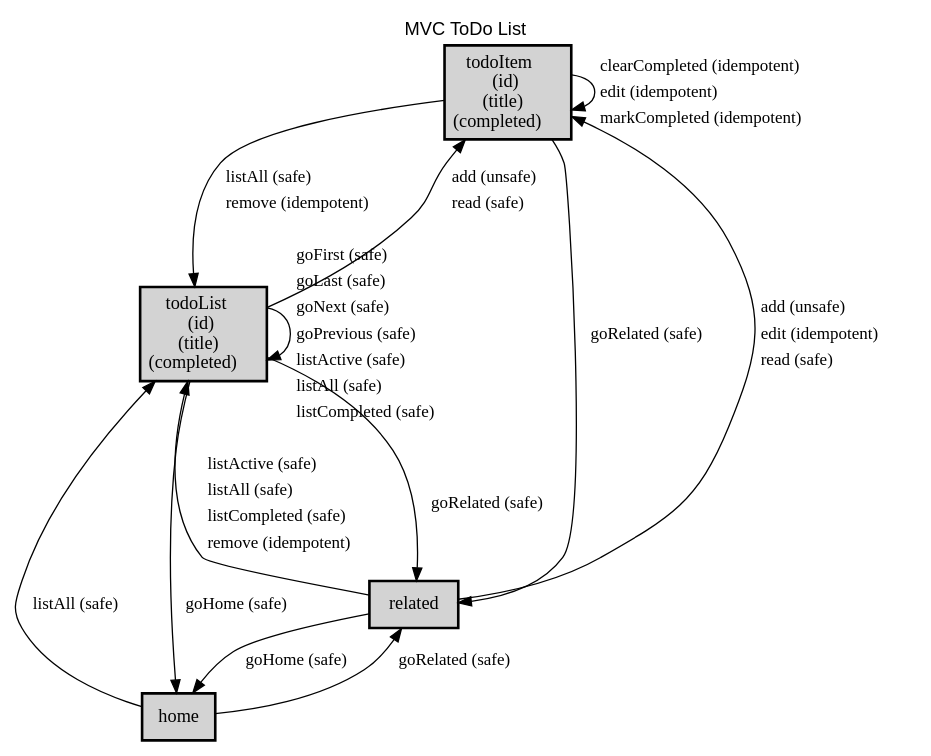
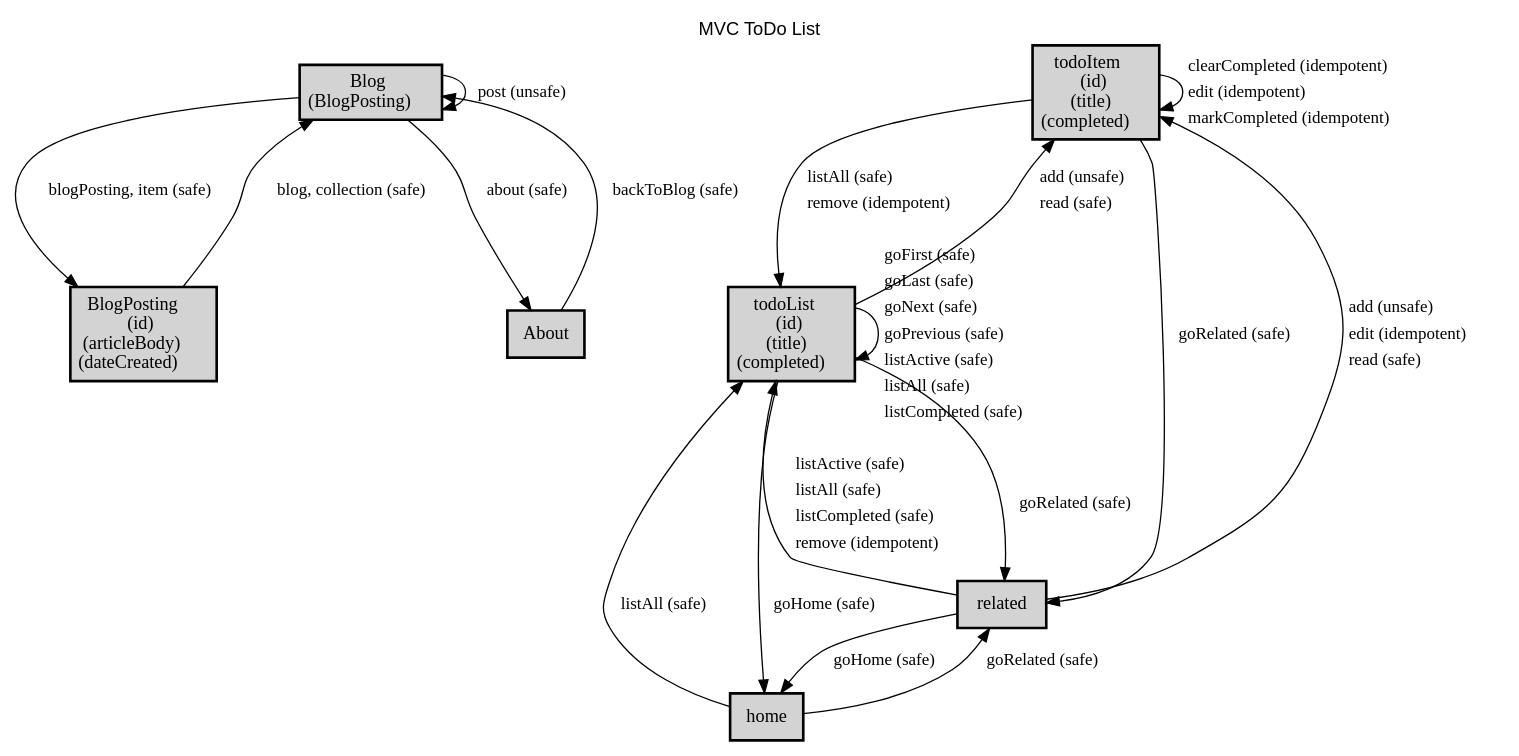
Before and after one commit to alps-asd/app-state-diagram: the diagram in docs/todomvc/profile.dot, drawn with Graphviz. The commit also changed 7 other files, not shown here.

```diff
--- a/docs/todomvc/profile.dot
+++ b/docs/todomvc/profile.dot
@@ -1,29 +1,37 @@
 digraph application_state_diagram {
   graph [
     labelloc="t";
     fontname="Helvetica"
     label="MVC ToDo List";
     URL="index.html" target="_parent"
   ];
   node [shape = box, style = "bold,filled" fillcolor="lightgray"];
 
+    Blog [margin=0.02, label=<<table cellspacing="0" cellpadding="5" border="0"><tr><td>Blog<br />(BlogPosting)<br /></td></tr></table>>,shape=box URL="docs/semantic.Blog.html" target="_parent"]
+    BlogPosting [margin=0.02, label=<<table cellspacing="0" cellpadding="5" border="0"><tr><td>BlogPosting<br />(id)<br />(articleBody)<br />(dateCreated)<br /></td></tr></table>>,shape=box URL="docs/semantic.BlogPosting.html" target="_parent"]
     todoItem [margin=0.02, label=<<table cellspacing="0" cellpadding="5" border="0"><tr><td>todoItem<br />(id)<br />(title)<br />(completed)<br /></td></tr></table>>,shape=box URL="docs/semantic.todoItem.html" target="_parent"]
     todoList [margin=0.02, label=<<table cellspacing="0" cellpadding="5" border="0"><tr><td>todoList<br />(id)<br />(title)<br />(completed)<br /></td></tr></table>>,shape=box URL="docs/semantic.todoList.html" target="_parent"]
 
+    About -> Blog [label = "backToBlog (safe)" URL="docs/safe.backToBlog.html" target="_parent" fontsize=13];
+    Blog -> About [label = "about (safe)" URL="docs/safe.about.html" target="_parent" fontsize=13];
+    Blog -> Blog [label = "post (unsafe)" URL="docs/unsafe.post.html" target="_parent" fontsize=13];
+    Blog -> BlogPosting [label = "blogPosting, item (safe)" URL="docs/safe.blogPosting.html" target="_parent" fontsize=13];
+    BlogPosting -> Blog [label = "blog, collection (safe)" URL="docs/safe.blog.html" target="_parent" fontsize=13];
     home -> related [label = "goRelated (safe)" URL="docs/safe.goRelated.html" target="_parent" fontsize=13];
     home -> todoList [label = "listAll (safe)" URL="docs/safe.listAll.html" target="_parent" fontsize=13];
     related -> home [label = "goHome (safe)" URL="docs/safe.goHome.html" target="_parent" fontsize=13];
     related -> todoItem [label=<<table  border="0"><tr><td align="left" href="docs/unsafe.add.html">add (unsafe)</td></tr><tr><td align="left" href="docs/idempotent.edit.html">edit (idempotent)</td></tr><tr><td align="left" href="docs/safe.read.html">read (safe)</td></tr></table>> fontsize=13];
     related -> todoList [label=<<table  border="0"><tr><td align="left" href="docs/safe.listActive.html">listActive (safe)</td></tr><tr><td align="left" href="docs/safe.listAll.html">listAll (safe)</td></tr><tr><td align="left" href="docs/safe.listCompleted.html">listCompleted (safe)</td></tr><tr><td align="left" href="docs/idempotent.remove.html">remove (idempotent)</td></tr></table>> fontsize=13];
     todoItem -> related [label = "goRelated (safe)" URL="docs/safe.goRelated.html" target="_parent" fontsize=13];
     todoItem -> todoItem [label=<<table  border="0"><tr><td align="left" href="docs/idempotent.clearCompleted.html">clearCompleted (idempotent)</td></tr><tr><td align="left" href="docs/idempotent.edit.html">edit (idempotent)</td></tr><tr><td align="left" href="docs/idempotent.markCompleted.html">markCompleted (idempotent)</td></tr></table>> fontsize=13];
     todoItem -> todoList [label=<<table  border="0"><tr><td align="left" href="docs/safe.listAll.html">listAll (safe)</td></tr><tr><td align="left" href="docs/idempotent.remove.html">remove (idempotent)</td></tr></table>> fontsize=13];
     todoList -> home [label = "goHome (safe)" URL="docs/safe.goHome.html" target="_parent" fontsize=13];
     todoList -> related [label = "goRelated (safe)" URL="docs/safe.goRelated.html" target="_parent" fontsize=13];
     todoList -> todoItem [label=<<table  border="0"><tr><td align="left" href="docs/unsafe.add.html">add (unsafe)</td></tr><tr><td align="left" href="docs/safe.read.html">read (safe)</td></tr></table>> fontsize=13];
     todoList -> todoList [label=<<table  border="0"><tr><td align="left" href="docs/safe.goFirst.html">goFirst (safe)</td></tr><tr><td align="left" href="docs/safe.goLast.html">goLast (safe)</td></tr><tr><td align="left" href="docs/safe.goNext.html">goNext (safe)</td></tr><tr><td align="left" href="docs/safe.goPrevious.html">goPrevious (safe)</td></tr><tr><td align="left" href="docs/safe.listActive.html">listActive (safe)</td></tr><tr><td align="left" href="docs/safe.listAll.html">listAll (safe)</td></tr><tr><td align="left" href="docs/safe.listCompleted.html">listCompleted (safe)</td></tr></table>> fontsize=13];
 
+    About [URL="docs/semantic.About.html" target="_parent"]
     home [URL="docs/semantic.home.html" target="_parent"]
     related [URL="docs/semantic.related.html" target="_parent"]
 
 }
```
